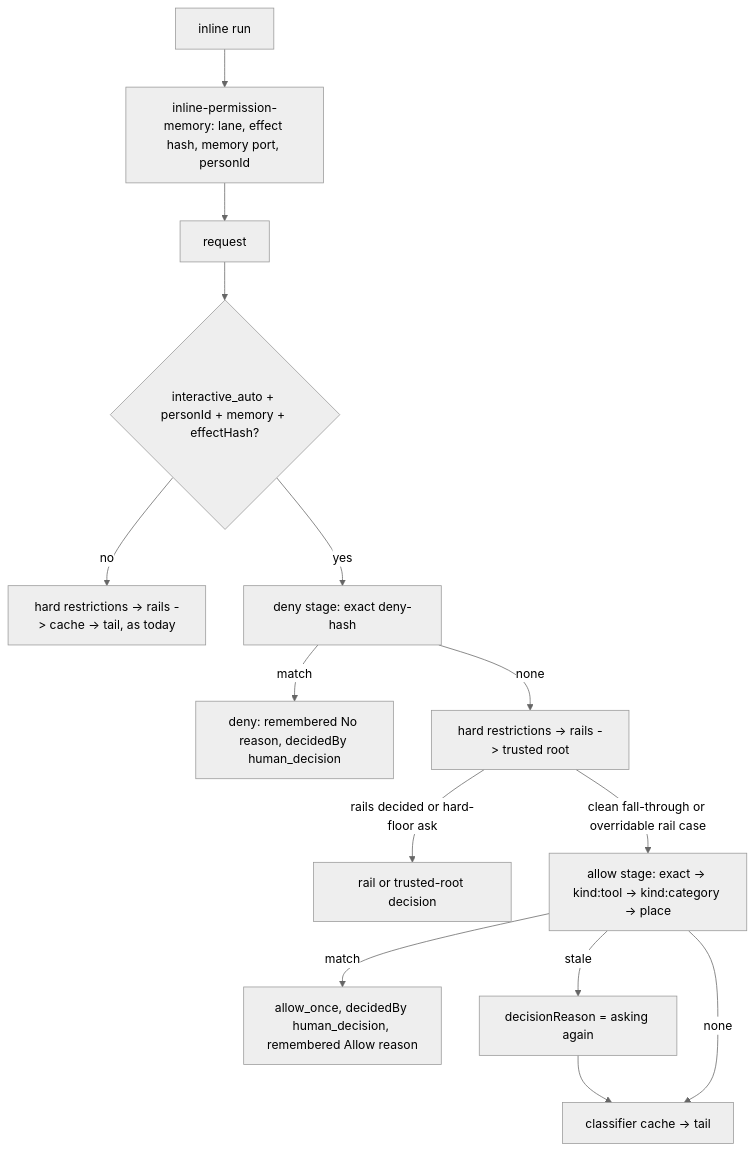
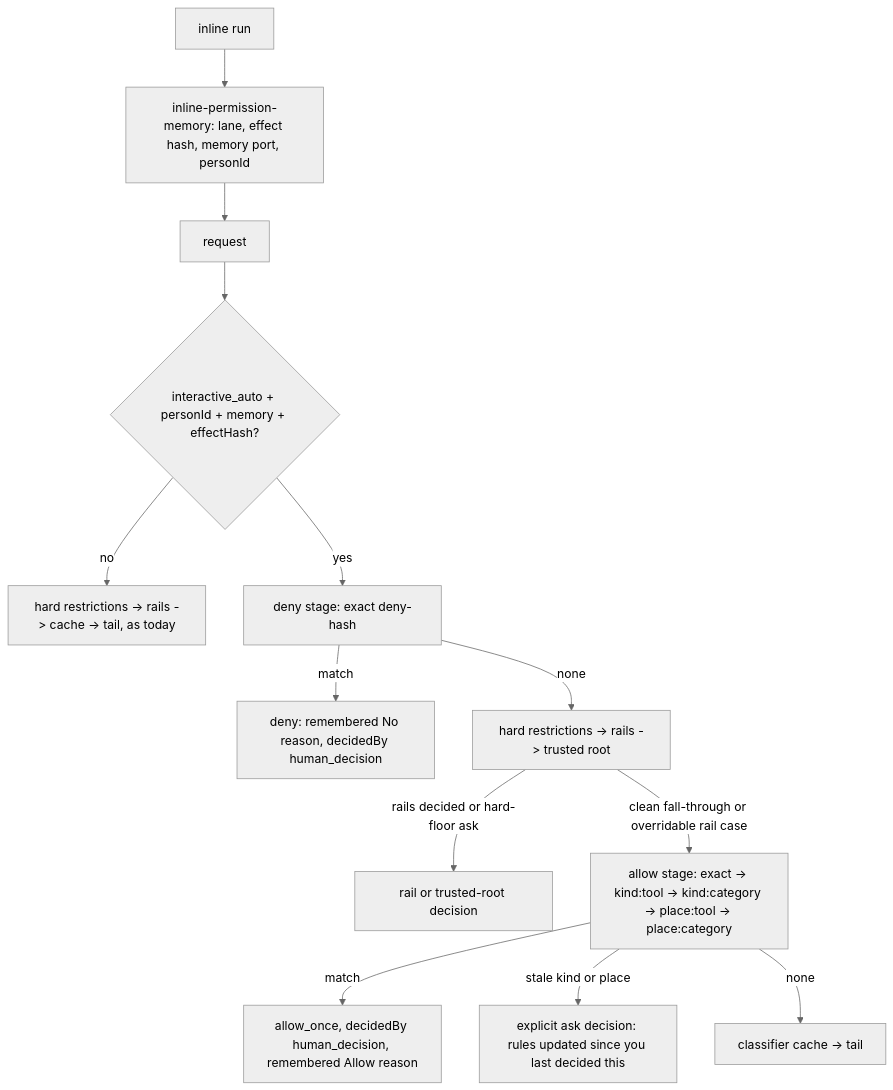
Before and after one commit to knacklabs/gantry: the diagram in plans/exploration/askfloor-1-t3b-taskplan.md, drawn with Mermaid (neutral theme). The commit also changed other lines of this file and 4 other files, not shown here.

First line of the commit message:
plan(ASKFLOOR-1-T3b): grill r4 folded — plan v5 / contract v5 (path-exact keys versioned; stale kind/place returns an explicit ask; five allow candidates; non-overridable wording; architecture doc in scope, 17 files)

````diff
--- a/plans/exploration/askfloor-1-t3b-taskplan.md
+++ b/plans/exploration/askfloor-1-t3b-taskplan.md
@@ -37,14 +37,14 @@
 ```mermaid
 flowchart TD
   R[request] --> G{interactive_auto + personId + memory + effectHash?}
   G -- no --> H[hard restrictions -> rails -> cache -> tail, as today]
   G -- yes --> D[deny stage: exact deny-hash]
   D -- match --> DN[deny: remembered No reason, decidedBy human_decision]
   D -- none --> H2[hard restrictions -> rails -> trusted root]
   H2 -- rails decided or hard-floor ask --> OUT[rail or trusted-root decision]
-  H2 -- clean fall-through or overridable rail case --> A[allow stage: exact -> kind:tool -> kind:category -> place]
+  H2 -- clean fall-through or overridable rail case --> A[allow stage: exact -> kind:tool -> kind:category -> place:tool -> place:category]
   A -- match --> AL[allow_once, decidedBy human_decision, remembered Allow reason]
-  A -- stale --> RA2[decisionReason = asking again] --> C
+  A -- stale kind or place --> RA2[explicit ask decision: rules updated since you last decided this]
   A -- none --> C[classifier cache -> tail]
   I[inline run] --> M[inline-permission-memory: lane, effect hash, memory port, personId] --> R
 ```
````
